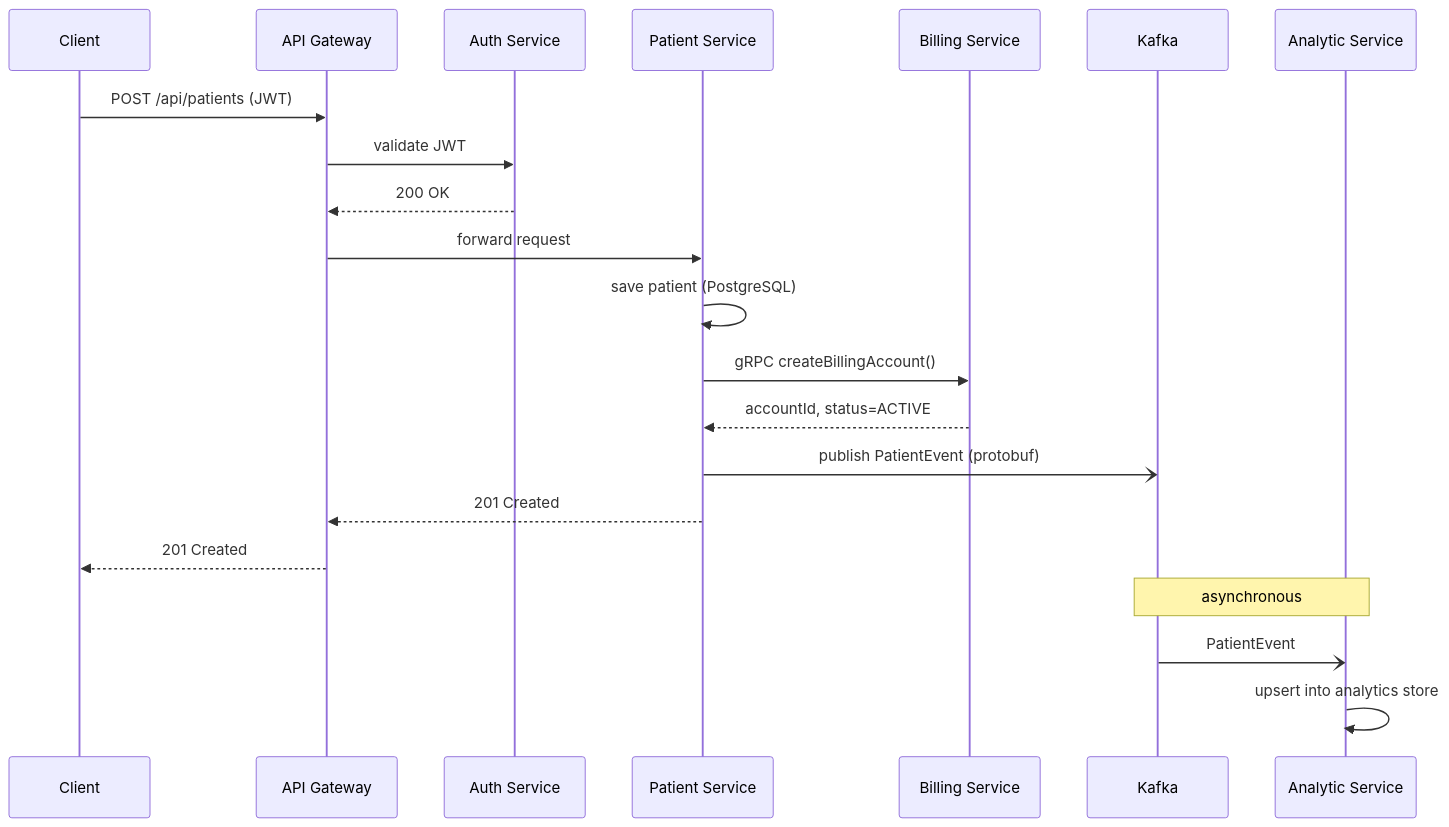
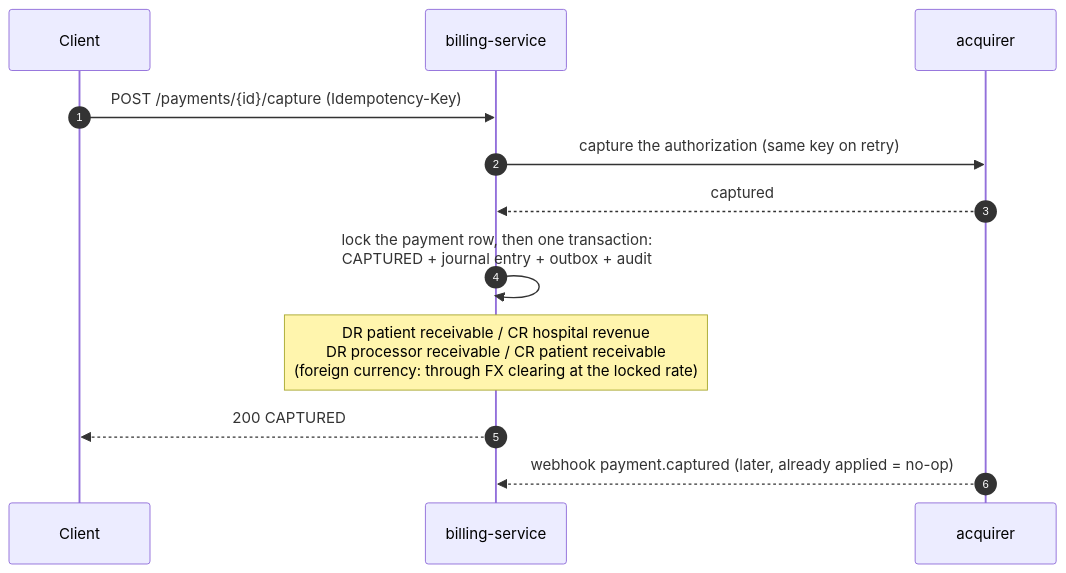
The fourth of 7 diagrams in README.md (amitsaini1912/patient-management-microservices), drawn with Mermaid before and after one commit. The commit also changed other lines of this file and 21 other files, not shown here.

Commit message:
docs: README rewrite (problem, guarantees with evidence, Mermaid architecture + sequences, demo script, coverage, limitations), ADR review (amendments marked); ci: card-vault + simulator tests, JaCoCo coverage report; risk engine repo renamed to payment-risk-engine

````diff
--- a/README.md
+++ b/README.md
@@ -114,24 +144,14 @@
 ```mermaid
 sequenceDiagram
+    autonumber
     participant C as Client
-    participant GW as API Gateway
-    participant A as Auth Service
-    participant P as Patient Service
-    participant B as Billing Service
-    participant K as Kafka
-    participant AN as Analytic Service
-
-    C->>GW: POST /api/patients (JWT)
-    GW->>A: validate JWT
-    A-->>GW: 200 OK
-    GW->>P: forward request
-    P->>P: save patient (PostgreSQL)
-    P->>B: gRPC createBillingAccount()
-    B-->>P: accountId, status=ACTIVE
-    P-)K: publish PatientEvent (protobuf)
-    P-->>GW: 201 Created
-    GW-->>C: 201 Created
-    Note over K,AN: asynchronous
-    K-)AN: PatientEvent
-    AN->>AN: upsert into analytics store
+    participant B as billing-service
+    participant S as acquirer
+    C->>B: POST /payments/{id}/capture (Idempotency-Key)
+    B->>S: capture the authorization (same key on retry)
+    S-->>B: captured
+    B->>B: lock the payment row, then one transaction:<br/>CAPTURED + journal entry + outbox + audit
+    Note over B: DR patient receivable / CR hospital revenue<br/>DR processor receivable / CR patient receivable<br/>(foreign currency: through FX clearing at the locked rate)
+    B-->>C: 200 CAPTURED
+    S-->>B: webhook payment.captured (later, already applied = no-op)
 ```
````
